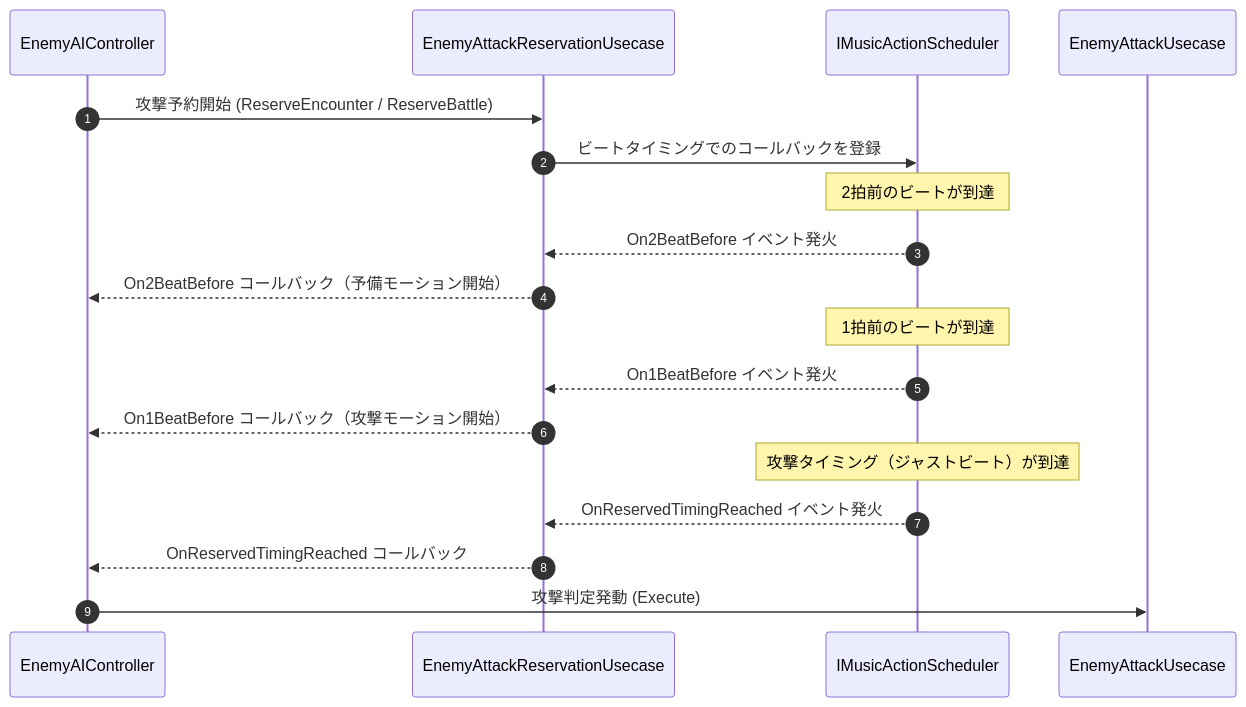
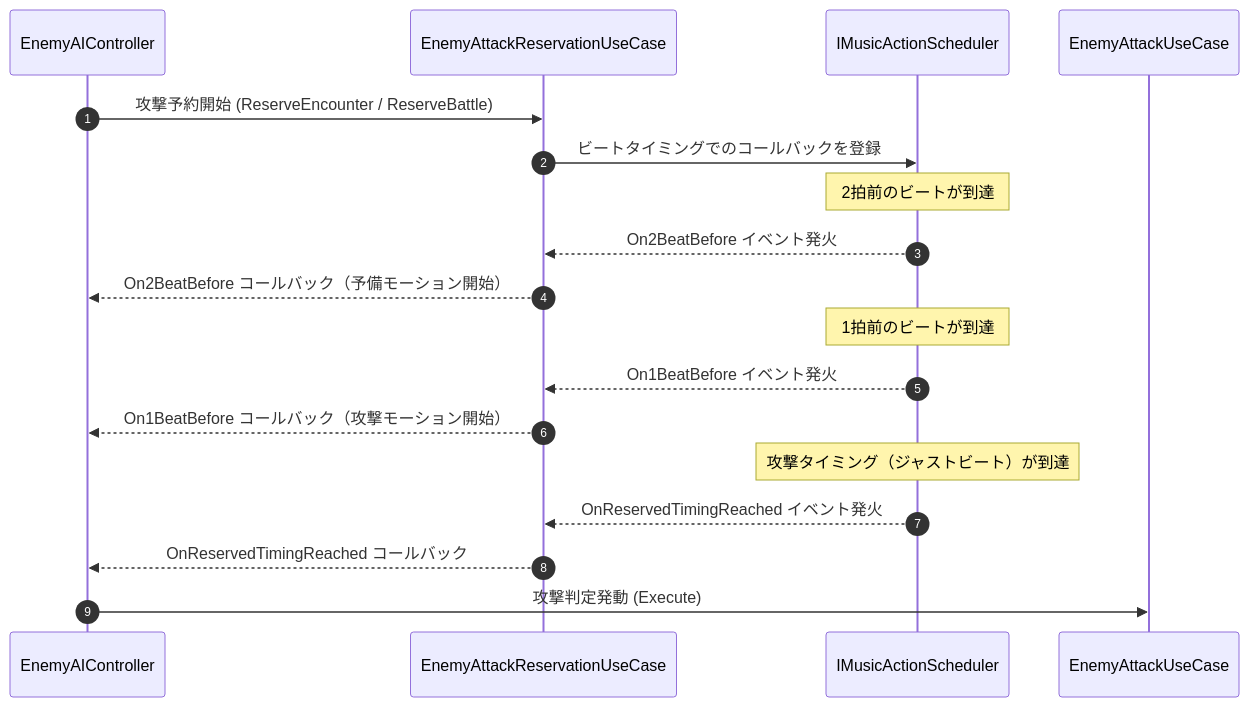
The third of 5 diagrams in Assets/Docs/ScriptsDocs/Modules/NotionModuleDocs/Enemy.md (HIBIKI5201/SymphonyKillChord), drawn with Mermaid before and after one commit. The commit also changed other lines of this file and 89 other files, not shown here.

First line of the commit message:
refactor: 型名の綴りと表記ゆれを直す（AttackPipelineAsset・UseCase・Repository）

````diff
--- a/Assets/Docs/ScriptsDocs/Modules/NotionModuleDocs/Enemy.md
+++ b/Assets/Docs/ScriptsDocs/Modules/NotionModuleDocs/Enemy.md
@@ -212,21 +212,21 @@
 ```mermaid
 sequenceDiagram
     autonumber
     participant EAI as EnemyAIController
-    participant EResUC as EnemyAttackReservationUsecase
+    participant EResUC as EnemyAttackReservationUseCase
     participant Scheduler as IMusicActionScheduler
-    participant EAttUC as EnemyAttackUsecase
+    participant EAttUC as EnemyAttackUseCase
 
     EAI ->> EResUC: 攻撃予約開始 (ReserveEncounter / ReserveBattle)
     EResUC ->> Scheduler: ビートタイミングでのコールバックを登録
     Note over Scheduler: 2拍前のビートが到達
     Scheduler -->> EResUC: On2BeatBefore イベント発火
     EResUC -->> EAI: On2BeatBefore コールバック（予備モーション開始）
     Note over Scheduler: 1拍前のビートが到達
     Scheduler -->> EResUC: On1BeatBefore イベント発火
     EResUC -->> EAI: On1BeatBefore コールバック（攻撃モーション開始）
     Note over Scheduler: 攻撃タイミング（ジャストビート）が到達
     Scheduler -->> EResUC: OnReservedTimingReached イベント発火
     EResUC -->> EAI: OnReservedTimingReached コールバック
     EAI ->> EAttUC: 攻撃判定発動 (Execute)
 ```
````
